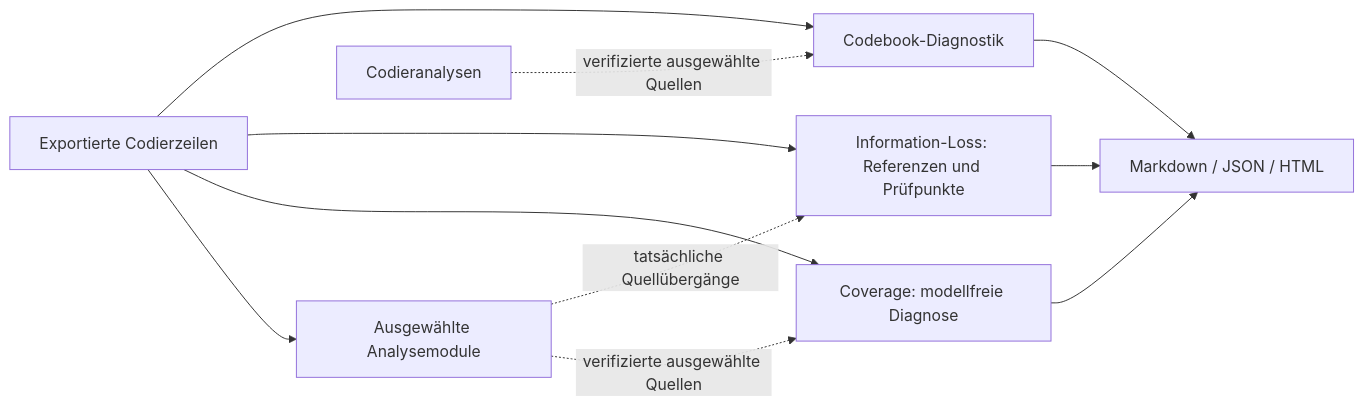
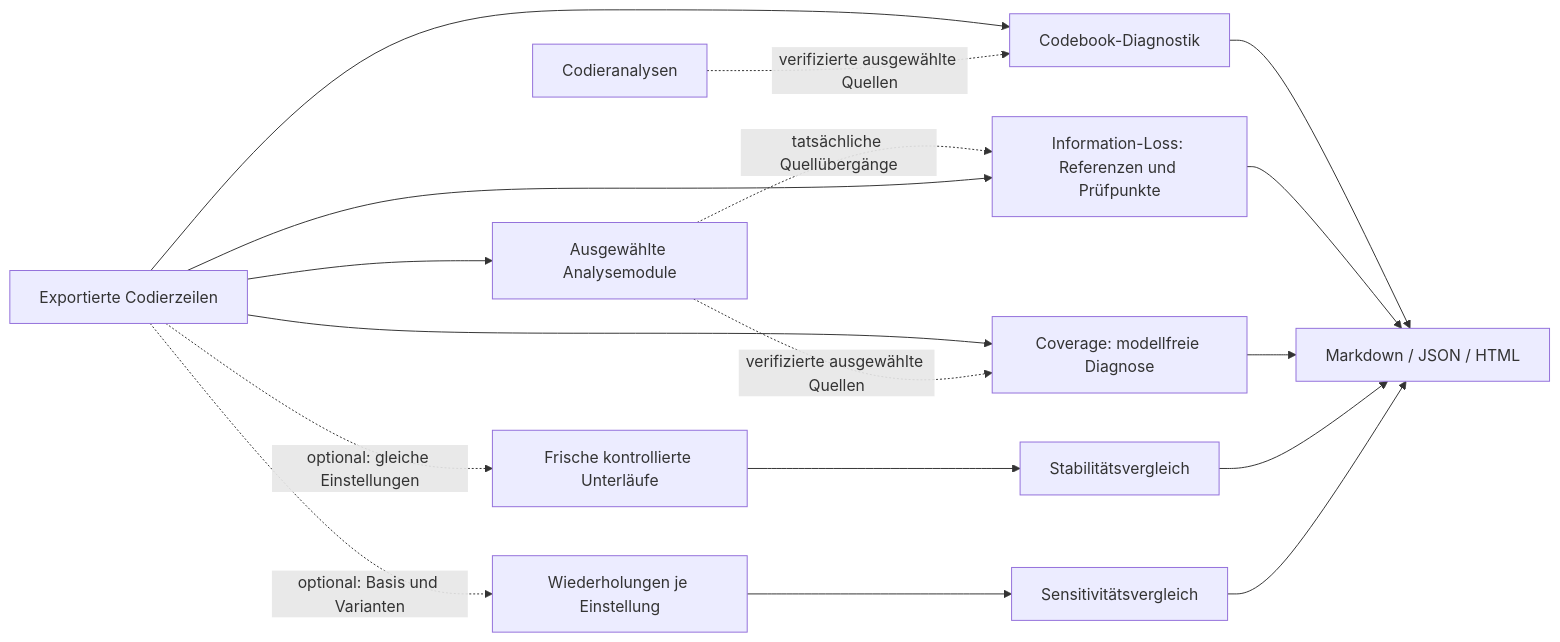
One commit to braendma/Qualitative-Analyse-mit-Ollama changed the diagram in docs/README_WORKFLOW.md. Above: the diagram before and after it, drawn with Mermaid. The commit also changed other lines of this file and 23 other files, not shown here.

````diff
--- a/docs/README_WORKFLOW.md
+++ b/docs/README_WORKFLOW.md
@@ -8,13 +9,19 @@
 ```mermaid
 flowchart LR
   Input[Exportierte Codierzeilen] --> Analysen[Ausgewählte Analysemodule]
   Input --> Coverage[Coverage: modellfreie Diagnose]
   Analysen -. verifizierte ausgewählte Quellen .-> Coverage
   Analysen -. tatsächliche Quellübergänge .-> Audit[Information-Loss: Referenzen und Prüfpunkte]
   Input --> Audit
   Input --> Codebook[Codebook-Diagnostik]
   Codieranalysen -. verifizierte ausgewählte Quellen .-> Codebook
   Codebook --> Bericht
   Audit --> Bericht
   Coverage --> Bericht[Markdown / JSON / HTML]
+  Input -. optional: gleiche Einstellungen .-> Wiederholungen[Frische kontrollierte Unterläufe]
+  Wiederholungen --> Stabilitaet[Stabilitätsvergleich]
+  Input -. optional: Basis und Varianten .-> Varianten[Wiederholungen je Einstellung]
+  Varianten --> Sensitivitaet[Sensitivitätsvergleich]
+  Stabilitaet --> Bericht
+  Sensitivitaet --> Bericht
 ```
````
